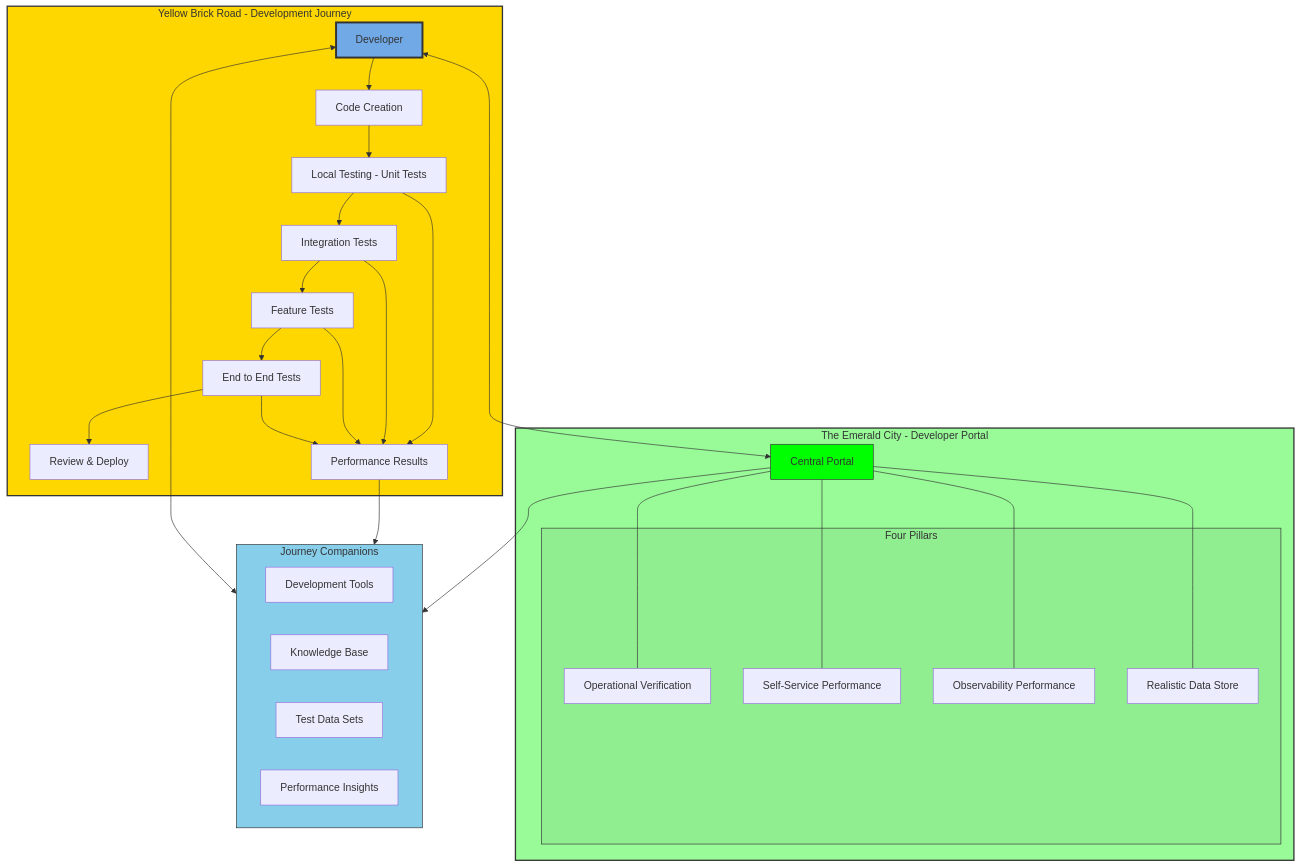
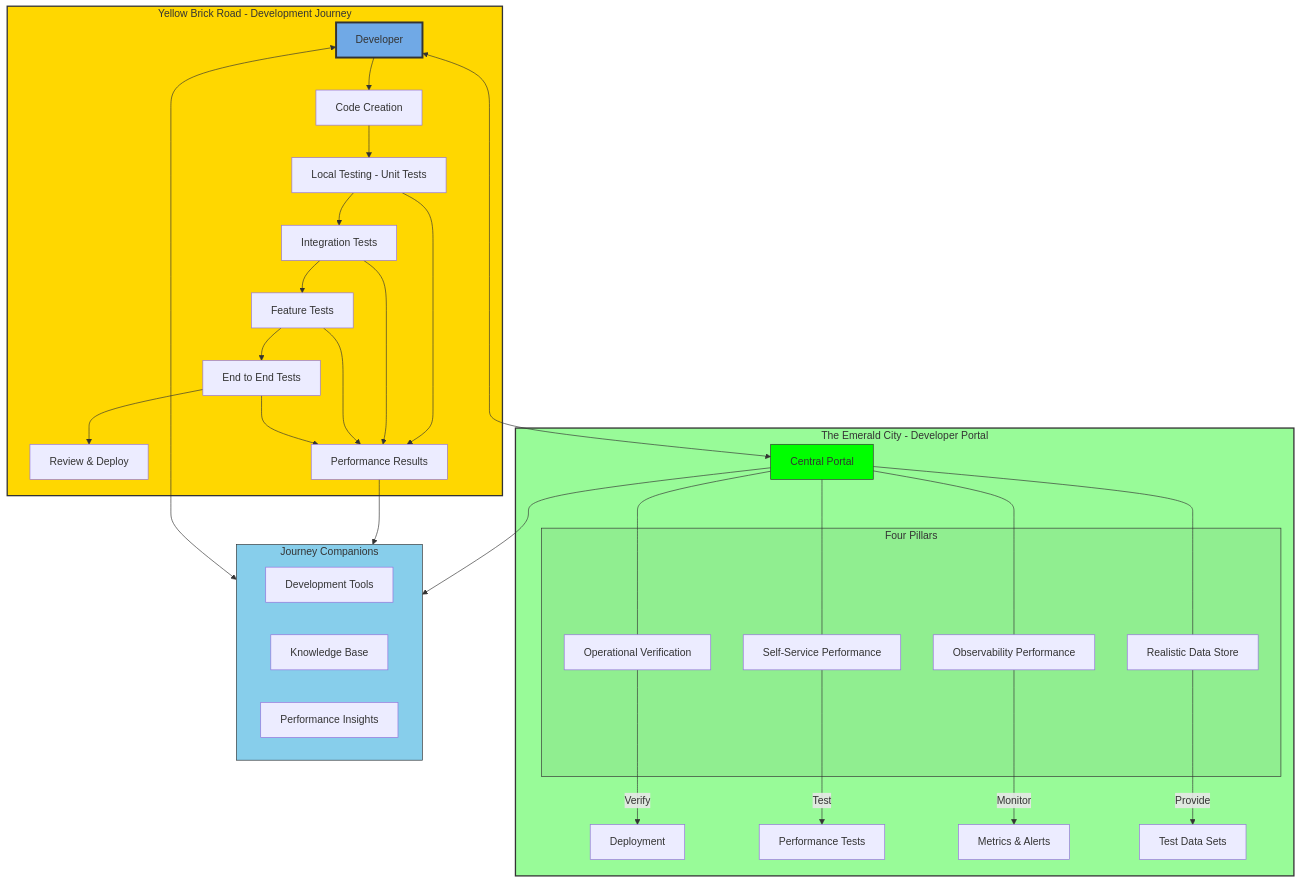
The first of 4 diagrams in content/handbook/engineering/infrastructure-platforms/developer-experience/performance-enablement/_index.md (zalyoung/gitlab-handbook), drawn with Mermaid before and after one commit.

Commit message:
Adjust diagram density

````diff
--- a/content/handbook/engineering/infrastructure-platforms/developer-experience/performance-enablement/_index.md
+++ b/content/handbook/engineering/infrastructure-platforms/developer-experience/performance-enablement/_index.md
@@ -19,48 +19,53 @@
 ```mermaid
 flowchart TD
     subgraph EC[The Emerald City - Developer Portal]
         Portal[Central Portal]
         subgraph Buildings[Four Pillars]
             DV[Operational Verification]
             SF[Self-Service Performance]
             OB[Observability Performance]
             DS[Realistic Data Store]
         end
         Portal --- DV
         Portal --- SF
         Portal --- OB
         Portal --- DS
+
+        DV -->|Verify| Deploy[Deployment]
+        SF -->|Test| Perf1[Performance Tests]
+        OB -->|Monitor| Metrics[Metrics & Alerts]
+        DS -->|Provide| Data[Realistic Data]
     end
 
     subgraph YBR[Yellow Brick Road - Development Journey]
         Dev[Developer] --> Code[Code Creation]
         Code --> Unit[Local Testing - Unit Tests]
         Unit --> Integration[Integration Tests]
         Integration --> Feature[Feature Tests]
         Feature --> E2E[End to End Tests]
         E2E --> Review[Review & Deploy]
         Unit --> Perf[Performance Results]
         Integration --> Perf
         Feature --> Perf
         E2E --> Perf
     end
 
     subgraph Guide[Journey Companions]
         Tools[Development Tools]
         Docs[Knowledge Base]
         Data[Test Data Sets]
         Insights[Performance Insights]
     end
 
     Perf --> Guide
     Dev <--> Portal
     Dev <--> Guide
     Portal --> Guide
     
     style EC fill:#98FB98,stroke:#333,stroke-width:2px
     style YBR fill:#FFD700,stroke:#333,stroke-width:2px
     style Guide fill:#87CEEB,stroke:#333
     style Portal fill:#00FF00,stroke:#333
     style Dev fill:#70a9e6,stroke:#333,stroke-width:3px
     style Buildings fill:#90EE90,stroke:#333
 ```
````
